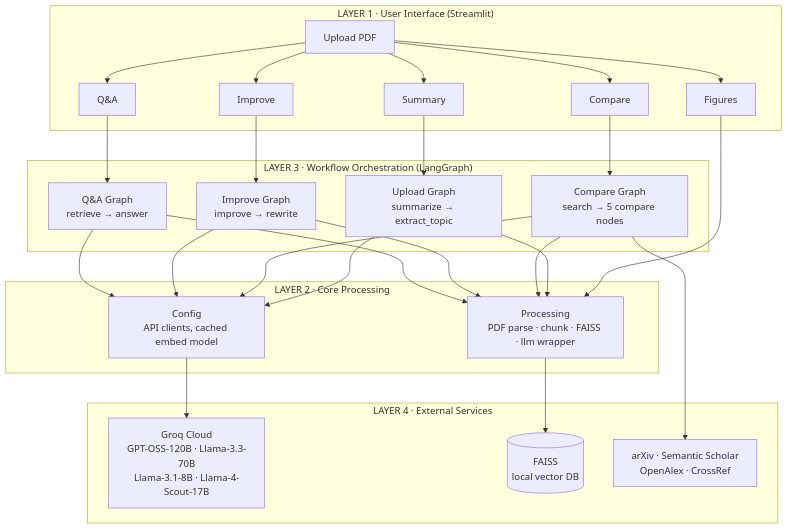
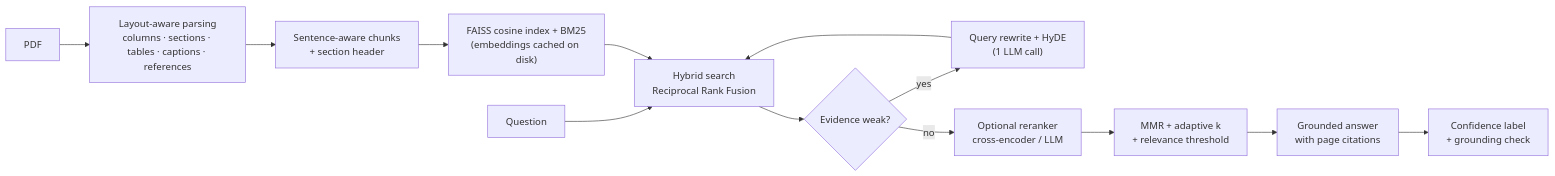
Before and after one commit to Agastya51/ScholarAI: the diagram in README.md, drawn with Mermaid. The commit also changed other lines of this file and 84 other files, not shown here.

First line of the commit message:
ScholarAI v2: Flask app with agentic RAG, figure understanding, study tools and benchmarks

````diff
--- a/README.md
+++ b/README.md
@@ -53,34 +79,14 @@
 ```mermaid
-flowchart TD
-    subgraph L1["LAYER 1 · User Interface (Streamlit)"]
-        U[Upload PDF] --> T1[Summary] & T2[Figures] & T3["Q&A"] & T4[Compare] & T5[Improve]
-    end
-
-    subgraph L3["LAYER 3 · Workflow Orchestration (LangGraph)"]
-        G1[Upload Graph<br/>summarize → extract_topic]
-        G4["Q&A Graph<br/>retrieve → answer"]
-        G2[Compare Graph<br/>search → 5 compare nodes]
-        G3[Improve Graph<br/>improve → rewrite]
-    end
-
-    subgraph L2["LAYER 2 · Core Processing"]
-        C1[Config<br/>API clients, cached embed model]
-        C2[Processing<br/>PDF parse · chunk · FAISS · llm wrapper]
-    end
-
-    subgraph L4["LAYER 4 · External Services"]
-        E1[Groq Cloud<br/>GPT-OSS-120B · Llama-3.3-70B<br/>Llama-3.1-8B · Llama-4-Scout-17B]
-        E2[(FAISS<br/>local vector DB)]
-        E3[arXiv · Semantic Scholar<br/>OpenAlex · CrossRef]
-    end
-
-    T1 --> G1
-    T2 --> C2
-    T3 --> G4
-    T4 --> G2
-    T5 --> G3
-    G1 & G2 & G3 & G4 --> C1 & C2
-    C1 --> E1
-    C2 --> E2
-    G2 --> E3
+flowchart LR
+    PDF[PDF] --> Parse["Layout-aware parsing<br/>columns · sections · tables · captions · references"]
+    Parse --> Chunk["Sentence-aware chunks<br/>+ section header"]
+    Chunk --> Index["FAISS cosine index + BM25<br/>(embeddings cached on disk)"]
+    Q[Question] --> Hybrid["Hybrid search<br/>Reciprocal Rank Fusion"]
+    Index --> Hybrid
+    Hybrid --> Expand{"Evidence weak?"}
+    Expand -- yes --> Rewrite["Query rewrite + HyDE<br/>(1 LLM call)"] --> Hybrid
+    Expand -- no --> Rerank["Optional reranker<br/>cross-encoder / LLM"]
+    Rerank --> MMR["MMR + adaptive k<br/>+ relevance threshold"]
+    MMR --> Answer["Grounded answer<br/>with page citations"]
+    Answer --> Check["Confidence label<br/>+ grounding check"]
 ```
````
